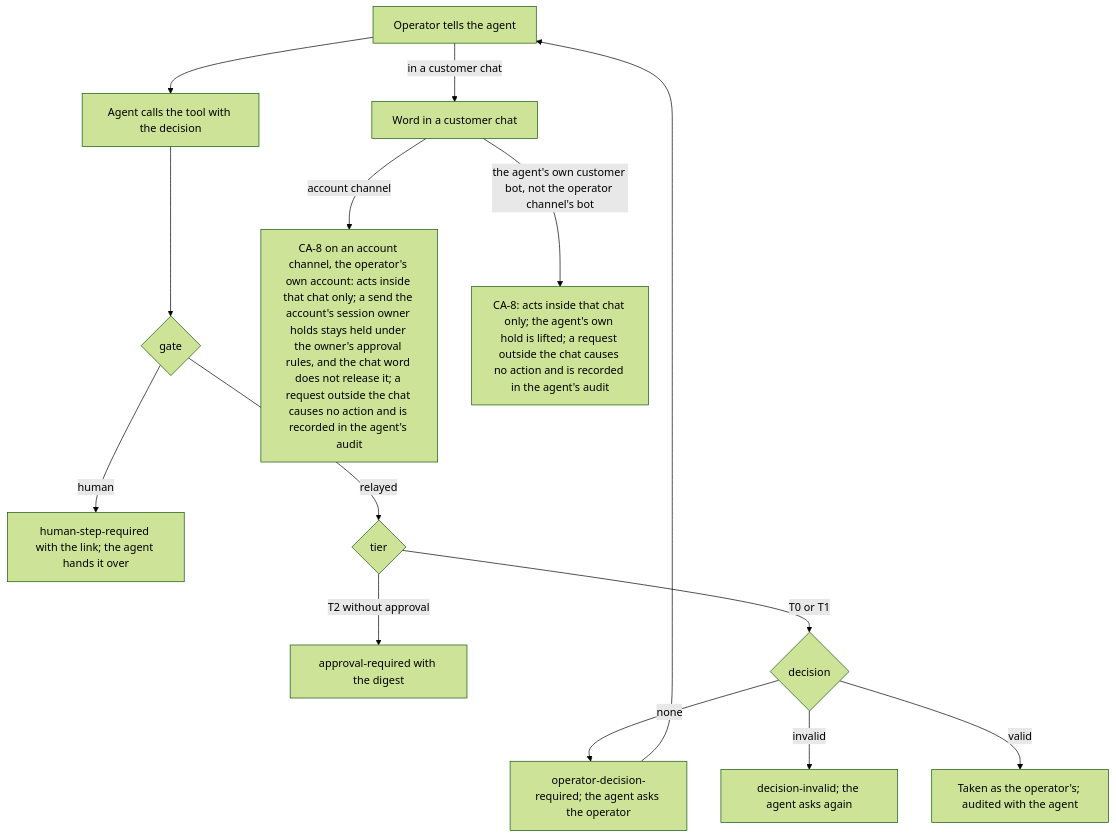
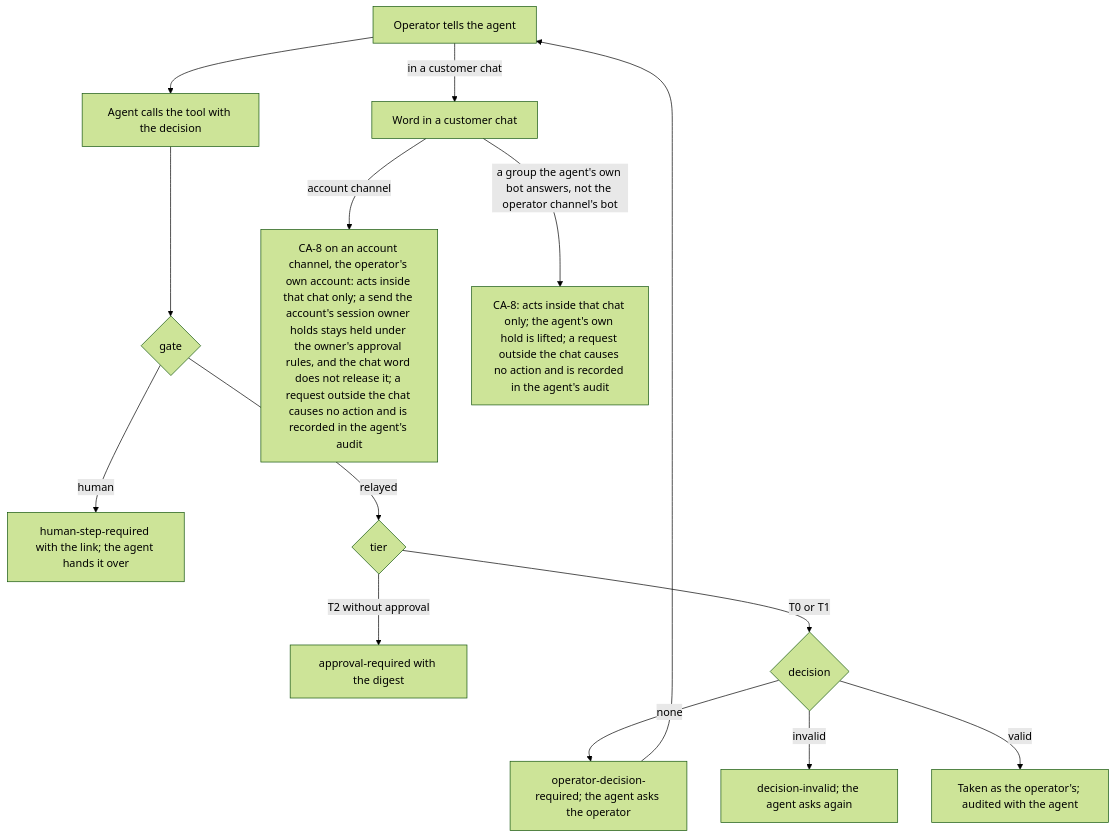
One commit to passioncode-ai/fabric-agent-contract changed diagram 29 of 34 in docs/ux/flows.md. Above: the diagram before and after it, drawn with Mermaid (forest theme). The commit also changed 14 other files, not shown here.

First line of the commit message:
CT-209: round 28, the bot path in a group; sender_chat; the long-run term

````diff
--- a/docs/ux/flows.md
+++ b/docs/ux/flows.md
@@ -745,16 +745,16 @@
 ```mermaid
 flowchart TD
   O[Operator tells the agent] --> C[Agent calls the tool with the decision]
   C --> G{gate}
   G -->|human| H[human-step-required with the link; the agent hands it over]
   G -->|relayed| T{tier}
   T -->|T2 without approval| A[approval-required with the digest]
   T -->|T0 or T1| D{decision}
   D -->|none| Q[operator-decision-required; the agent asks the operator]
   Q --> O
   D -->|invalid| I[decision-invalid; the agent asks again]
   D -->|valid| R[Taken as the operator's; audited with the agent]
   O -->|in a customer chat| W[Word in a customer chat]
   W -->|account channel| K[CA-8 on an account channel, the operator's own account: acts inside that chat only; a send the account's session owner holds stays held under the owner's approval rules, and the chat word does not release it; a request outside the chat causes no action and is recorded in the agent's audit]
-  W -->|the agent's own customer bot, not the operator channel's bot| B[CA-8: acts inside that chat only; the agent's own hold is lifted; a request outside the chat causes no action and is recorded in the agent's audit]
+  W -->|a group the agent's own bot answers, not the operator channel's bot| B[CA-8: acts inside that chat only; the agent's own hold is lifted; a request outside the chat causes no action and is recorded in the agent's audit]
 ```
````
